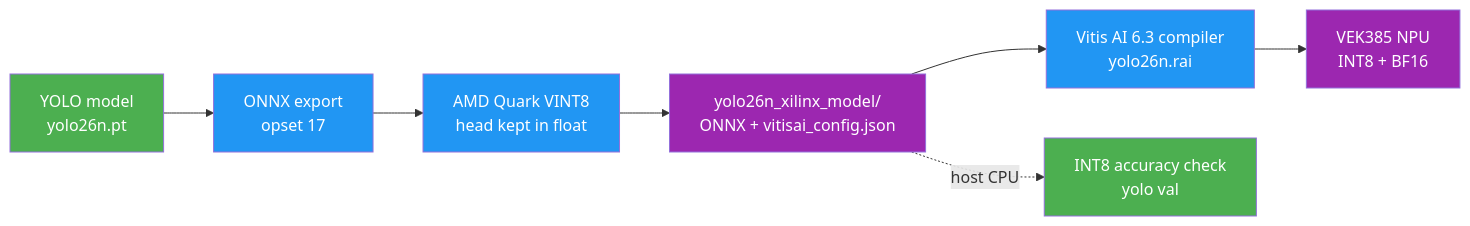
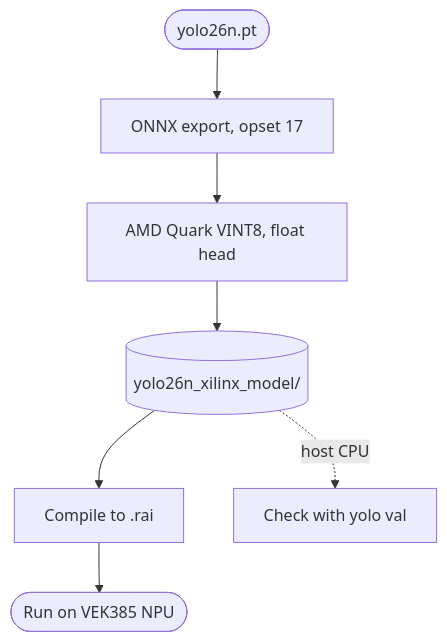
Before and after one commit to wenerme/ai: the third of 4 diagrams in skills/ultralytics-docs/references/integrations/xilinx.md, drawn with Mermaid. The commit also changed other lines of this file and 476 other files, not shown here.

````diff
--- a/skills/ultralytics-docs/references/integrations/xilinx.md
+++ b/skills/ultralytics-docs/references/integrations/xilinx.md
@@ -269,13 +257,9 @@
 ```mermaid
-graph LR
-    A[YOLO model<br>yolo26n.pt]:::start --> B[ONNX export<br>opset 17]:::proc
-    B --> C[AMD Quark VINT8<br>head kept in float]:::proc
-    C --> D[yolo26n_xilinx_model/<br>ONNX + vitisai_config.json]:::out
-    D --> E[Vitis AI 6.3 compiler<br>yolo26n.rai]:::proc
-    E --> F[VEK385 NPU<br>INT8 + BF16]:::out
-    D -.->|host CPU| G[INT8 accuracy check<br>yolo val]:::start
-
-    classDef start fill:#4CAF50,color:#fff
-    classDef proc fill:#2196F3,color:#fff
-    classDef out fill:#9C27B0,color:#fff
+flowchart TD
+    A([yolo26n.pt]) --> B["ONNX export, opset 17"]
+    B --> C["AMD Quark VINT8, float head"]
+    C --> D[("yolo26n_xilinx_model/")]
+    D --> E[Compile to .rai]
+    E --> F([Run on VEK385 NPU])
+    D -.->|host CPU| G[Check with yolo val]
 ```
````
